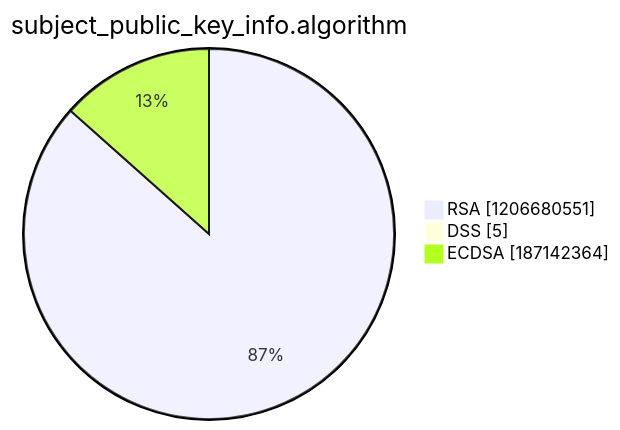
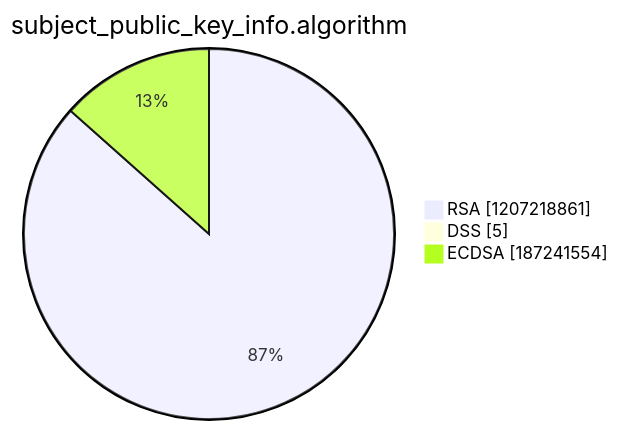
The third of 15 diagrams in argon2022/README.md (christiankrug/ctmonitor_visualization), drawn with Mermaid before and after one commit. The commit also changed other lines of this file, not shown here.

````diff
--- a/argon2022/README.md
+++ b/argon2022/README.md
@@ -14,7 +14,7 @@
 ```mermaid
 pie showData
 title subject_public_key_info.algorithm
-"RSA" :1206680551
+"RSA" :1207218861
 "DSS" :5
-"ECDSA" :187142364
+"ECDSA" :187241554
 ```
````
